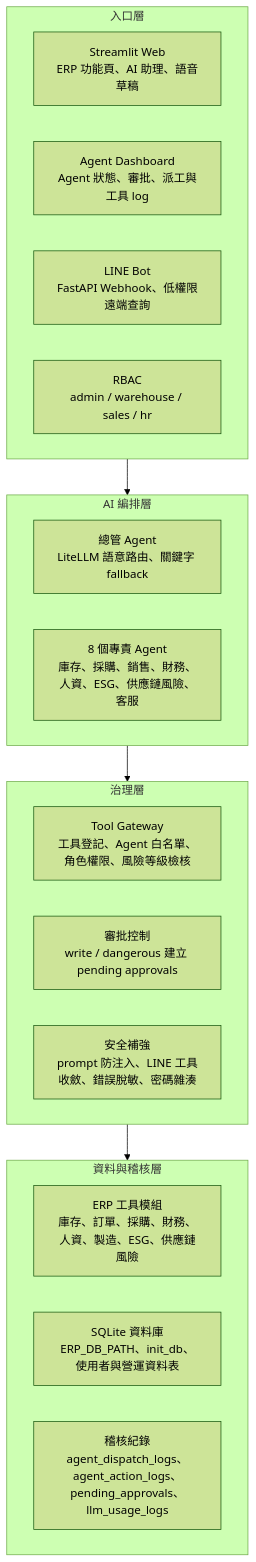
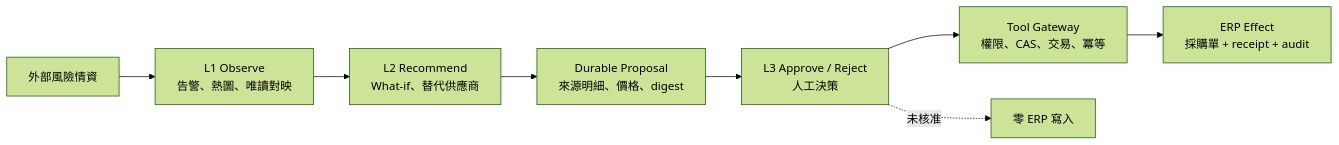
One commit to falltwo/AI-Risk-Based-Inventory-ERP changed the first of 2 diagrams in README.md. Above: the diagram before and after it, drawn with Mermaid (forest theme). The commit also changed other lines of this file and 24 other files, not shown here.

````diff
--- a/README.md
+++ b/README.md
@@ -39,28 +28,10 @@
 ```mermaid
-flowchart TB
-    subgraph ENTRY["入口層"]
-        WEB["Streamlit Web<br/>ERP 功能頁、AI 助理、語音草稿"]
-        DASH["Agent Dashboard<br/>Agent 狀態、審批、派工與工具 log"]
-        LINE["LINE Bot<br/>FastAPI Webhook、低權限遠端查詢"]
-        RBAC["RBAC<br/>admin / warehouse / sales / hr"]
-    end
-
-    subgraph AI["AI 編排層"]
-        ORCH["總管 Agent<br/>LiteLLM 語意路由、關鍵字 fallback"]
-        AGENTS["8 個專責 Agent<br/>庫存、採購、銷售、財務、人資、ESG、供應鏈風險、客服"]
-    end
-
-    subgraph GOV["治理層"]
-        GATE["Tool Gateway<br/>工具登記、Agent 白名單、角色權限、風險等級檢核"]
-        APPROVAL["審批控制<br/>write / dangerous 建立 pending approvals"]
-        SAFE["安全補強<br/>prompt 防注入、LINE 工具收斂、錯誤脫敏、密碼雜湊"]
-    end
-
-    subgraph DATA["資料與稽核層"]
-        TOOLS["ERP 工具模組<br/>庫存、訂單、採購、財務、人資、製造、ESG、供應鏈風險"]
-        DB["SQLite 資料庫<br/>ERP_DB_PATH、init_db、使用者與營運資料表"]
-        LOGS["稽核紀錄<br/>agent_dispatch_logs、agent_action_logs、pending_approvals、llm_usage_logs"]
-    end
-
-    ENTRY --> AI --> GOV --> DATA
+flowchart LR
+    NEWS["外部風險情資"] --> L1["L1 Observe<br/>告警、熱圖、唯讀對映"]
+    L1 --> L2["L2 Recommend<br/>What-if、替代供應商"]
+    L2 --> PROP["Durable Proposal<br/>來源明細、價格、digest"]
+    PROP --> L3["L3 Approve / Reject<br/>人工決策"]
+    L3 --> GATE["Tool Gateway<br/>權限、CAS、交易、冪等"]
+    GATE --> ERP["ERP Effect<br/>採購單 + receipt + audit"]
+    L3 -. "未核准" .-> STOP["零 ERP 寫入"]
 ```
````
